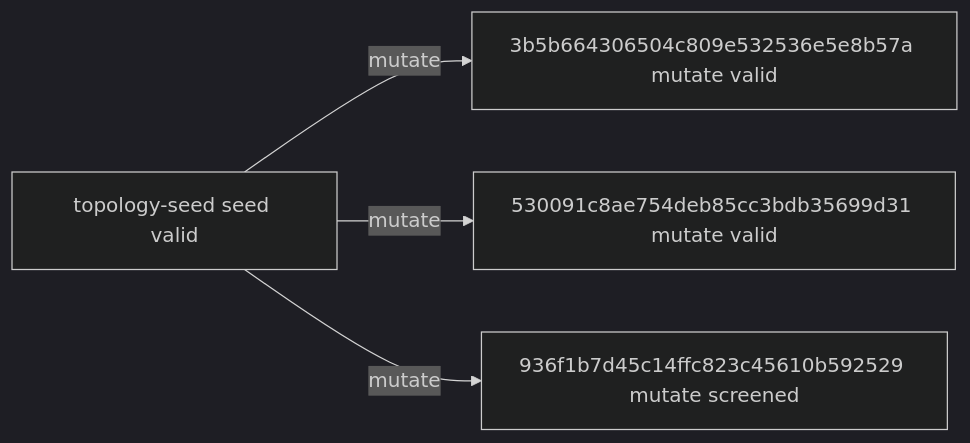
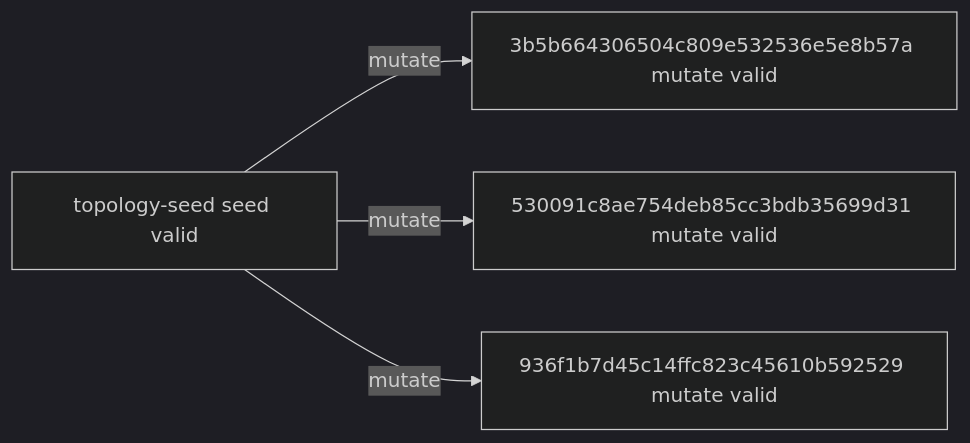
One commit to timbtz/feyer-search-lab changed the diagram in experiments/campaigns/layout-numerical-lane1/README.md. Above: the diagram before and after it, drawn with Mermaid (dark theme). The commit also changed other lines of this file and 7 other files, not shown here.

````diff
--- a/experiments/campaigns/layout-numerical-lane1/README.md
+++ b/experiments/campaigns/layout-numerical-lane1/README.md
@@ -21,10 +21,10 @@
 ```mermaid
 graph LR
   n0["topology-seed seed valid"]
   n1["3b5b664306504c809e532536e5e8b57a mutate valid"]
   n2["530091c8ae754deb85cc3bdb35699d31 mutate valid"]
-  n3["936f1b7d45c14ffc823c45610b592529 mutate screened"]
+  n3["936f1b7d45c14ffc823c45610b592529 mutate valid"]
   n0 -->|mutate| n1
   n0 -->|mutate| n2
   n0 -->|mutate| n3
 ```
````
